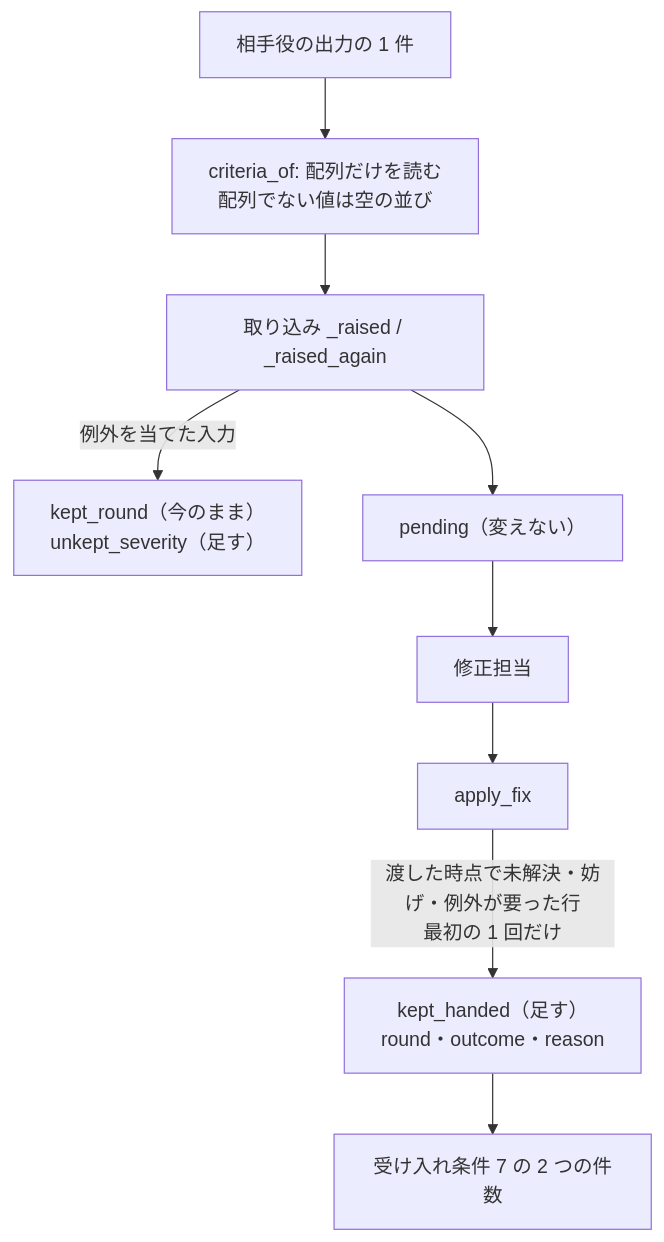
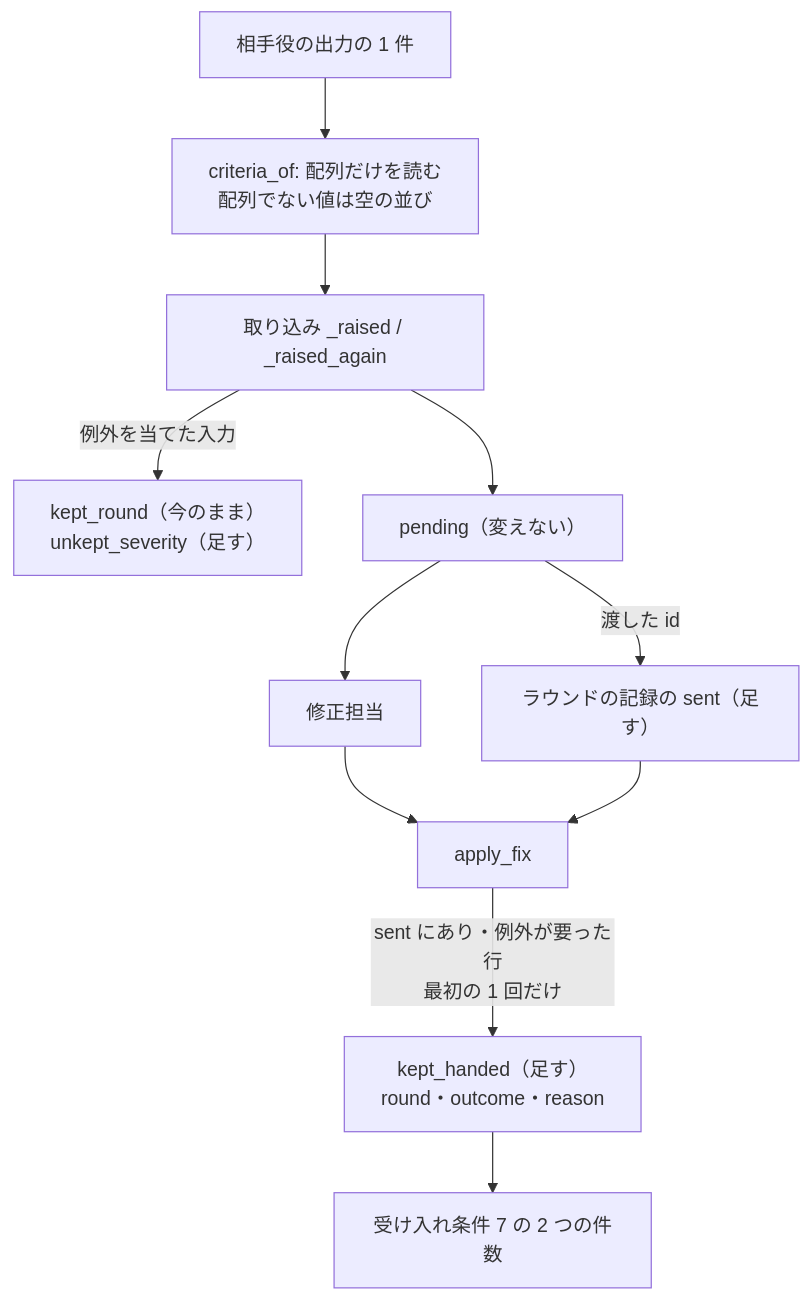
Before and after one commit to devbasex/ai-plugins: the second of 2 diagrams in issues/issue-4084-design.md, drawn with Mermaid. The commit also changed other lines of this file and 1 other file, not shown here.

First line of the commit message:
Docs: #4084 の kept_handed を実際に渡した集合（sent）で決め、#4076 の MVV の固定を kept_needed で読む（決定 4）

````diff
--- a/issues/issue-4084-design.md
+++ b/issues/issue-4084-design.md
@@ -42,11 +42,13 @@
 ```mermaid
 graph TD
   O["相手役の出力の 1 件"] --> R["criteria_of: 配列だけを読む<br>配列でない値は空の並び"]
   R --> E["取り込み _raised / _raised_again"]
   E -->|"例外を当てた入力"| K["kept_round（今のまま）<br>unkept_severity（足す）"]
   E --> P["pending（変えない）"]
   P --> F["修正担当"]
+  P -->|"渡した id"| S["ラウンドの記録の sent（足す）"]
   F --> A["apply_fix"]
-  A -->|"渡した時点で未解決・妨げ・例外が要った行<br>最初の 1 回だけ"| H["kept_handed（足す）<br>round・outcome・reason"]
+  S --> A
+  A -->|"sent にあり・例外が要った行<br>最初の 1 回だけ"| H["kept_handed（足す）<br>round・outcome・reason"]
   H --> C["受け入れ条件 7 の 2 つの件数"]
 ```
````
